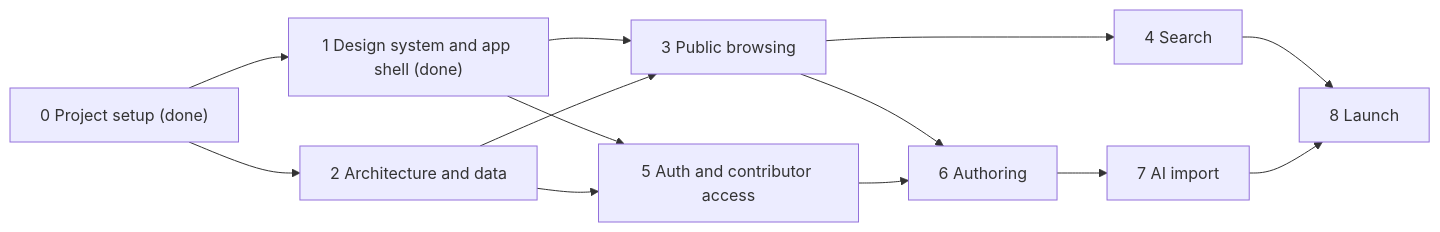
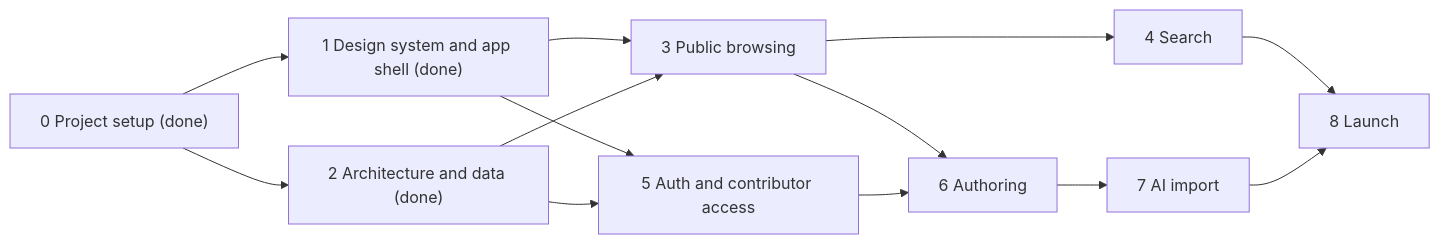
The diagram in ROADMAP.md (jaARke/recipe-hub), drawn with Mermaid before and after one commit. The commit also changed other lines of this file and 1 other file, not shown here.

Commit message:
Record Session 2 in the roadmap and README

````diff
--- a/ROADMAP.md
+++ b/ROADMAP.md
@@ -350,15 +395,15 @@
 ```mermaid
 flowchart LR
 	S0["0 Project setup (done)"] --> S1["1 Design system and app shell (done)"]
-	S0 --> S2["2 Architecture and data"]
+	S0 --> S2["2 Architecture and data (done)"]
 	S1 --> S3["3 Public browsing"]
 	S2 --> S3
 	S3 --> S4["4 Search"]
 	S1 --> S5["5 Auth and contributor access"]
 	S2 --> S5
 	S3 --> S6["6 Authoring"]
 	S5 --> S6
 	S6 --> S7["7 AI import"]
 	S4 --> S8["8 Launch"]
 	S7 --> S8
 ```
````
